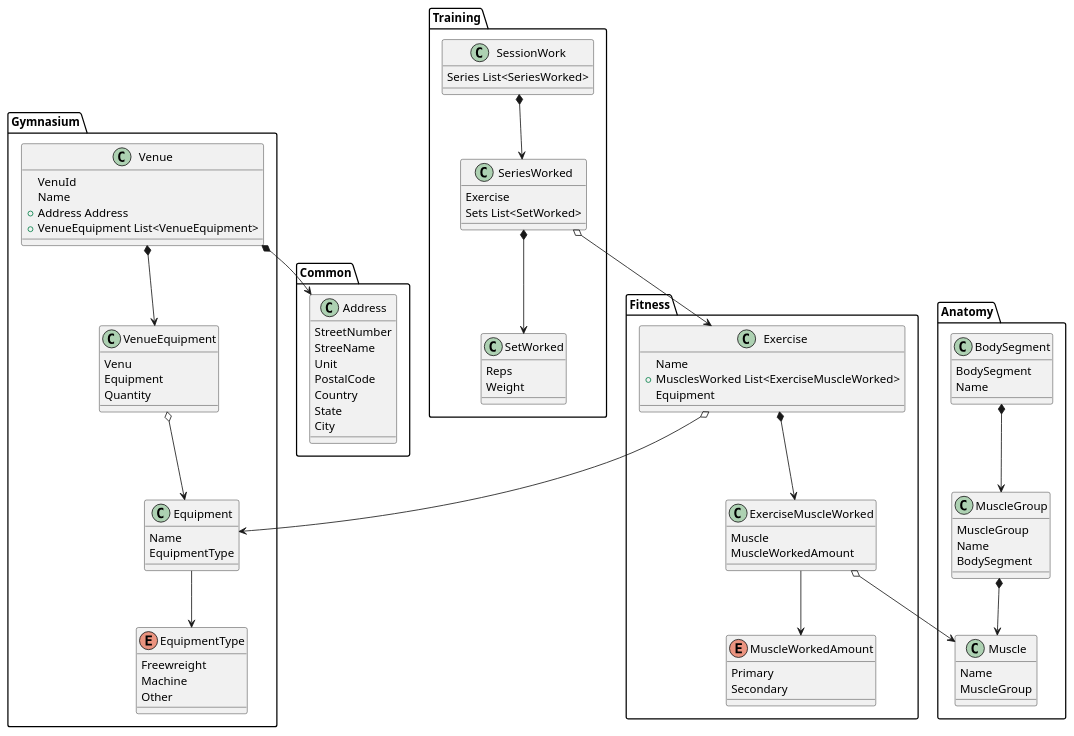
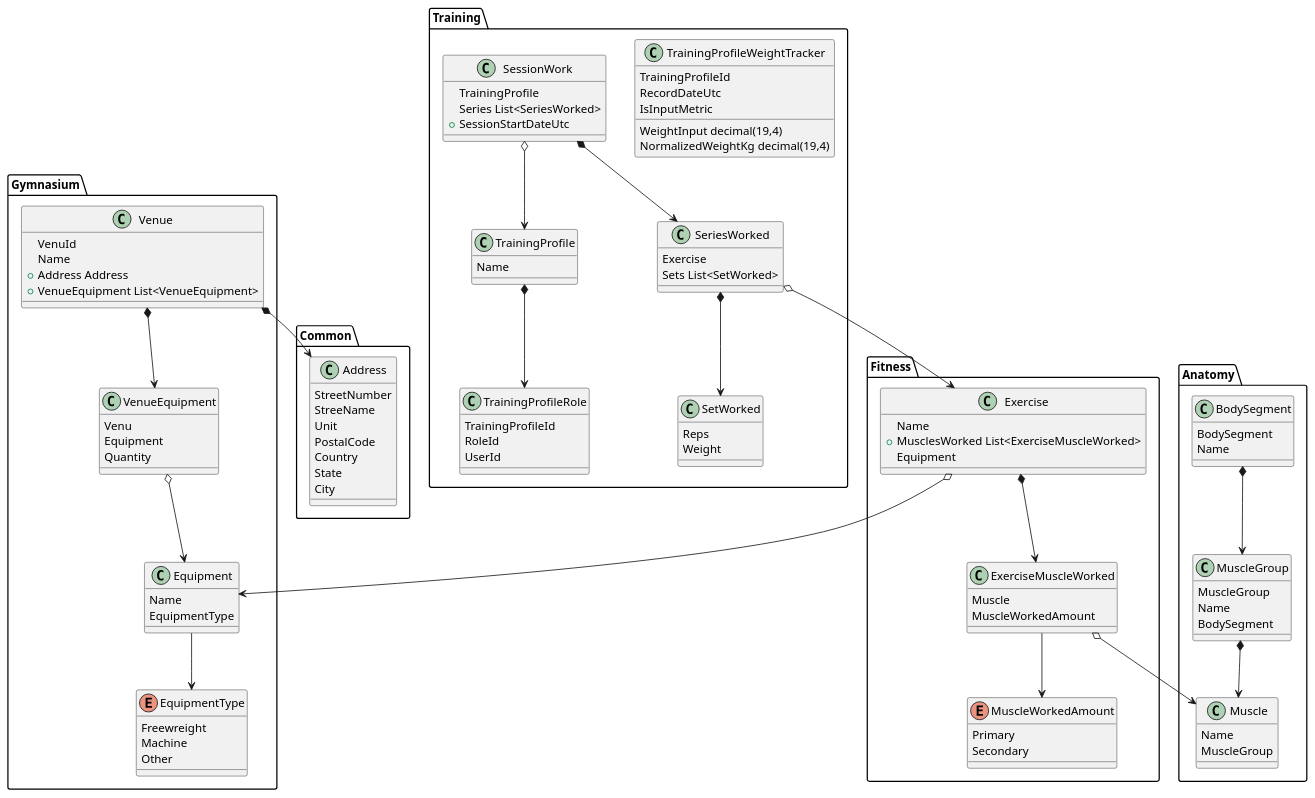
The diagram in Core.plantuml (MatthewVRobertson/fortitutor-docs), drawn with PlantUML before and after one commit. The commit also changed 2 other files, not shown here.

Commit message:
Uml Class Model

```diff
--- a/Core.plantuml
+++ b/Core.plantuml
@@ -1,111 +1,133 @@
 @startuml
 
 package Anatomy {
     class MuscleGroup {
         MuscleGroup
         Name
         BodySegment
     }
 
     class Muscle {
         Name
         MuscleGroup
     }
 
     class BodySegment {
         BodySegment
         Name
     }
     
     BodySegment *--> MuscleGroup
     MuscleGroup *--> Muscle
 }
 
 package Fitness {
     class Exercise {
         Name
         + MusclesWorked List<ExerciseMuscleWorked>
         Equipment
     }
 
     class ExerciseMuscleWorked {
         Muscle
         MuscleWorkedAmount
     }
 
     enum MuscleWorkedAmount {
         Primary
         Secondary
     }
 
     Exercise *--> ExerciseMuscleWorked
     ExerciseMuscleWorked --> MuscleWorkedAmount
     ExerciseMuscleWorked o--> Anatomy.Muscle
 }
 
 Fitness.Exercise o--> Gymnasium.Equipment
 
 package Training {
+    class TrainingProfile {
+        Name
+    }
+
+    class TrainingProfileWeightTracker {
+        TrainingProfileId
+        RecordDateUtc
+        WeightInput decimal(19,4)
+        IsInputMetric
+        NormalizedWeightKg decimal(19,4)
+    }
+
+    class TrainingProfileRole {
+        TrainingProfileId
+        RoleId
+        UserId
+    }
+
     class SessionWork {
+        TrainingProfile
         Series List<SeriesWorked>
+        + SessionStartDateUtc
     }
 
     class SeriesWorked {
         Exercise
         Sets List<SetWorked>
     }
 
     class SetWorked {
         Reps
         Weight
     }
 
+    TrainingProfile *--> TrainingProfileRole
+    SessionWork o--> TrainingProfile
     SessionWork *--> SeriesWorked
     SeriesWorked *--> SetWorked
 }
 
 Training.SeriesWorked o--> Fitness.Exercise
 
 package Gymnasium {
     class Venue {
         VenuId
         Name  
         + Address Address      
         + VenueEquipment List<VenueEquipment>
     }
 
     class VenueEquipment {
         Venu
         Equipment
         Quantity
     }
 
     class Equipment {
         Name
         EquipmentType
     }
 
     enum EquipmentType {
         Freewreight
         Machine
         Other
     }
     
     Venue *--> VenueEquipment
     VenueEquipment o--> Equipment
     Equipment --> EquipmentType
 }
 Venue *--> Common.Address
 
 package Common {
     class Address {
         StreetNumber
         StreeName
         Unit
         PostalCode
         Country
         State
         City
     }
 }
 @enduml
```
